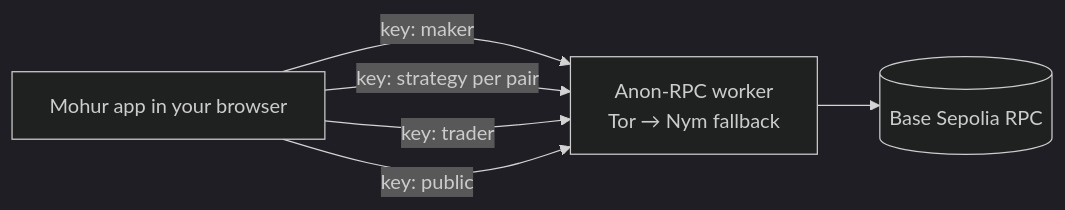
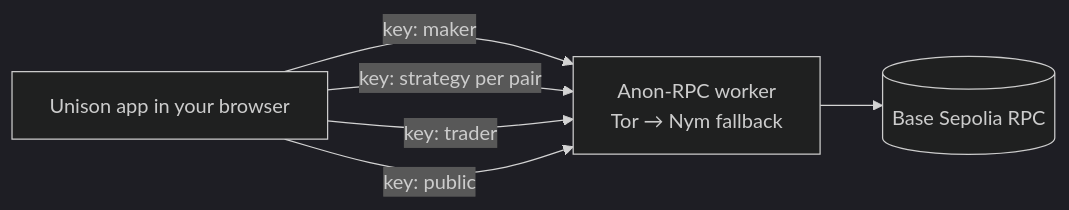
One commit to Abhist17/mohur changed the seventh of 7 diagrams in docs/explained.md. Above: the diagram before and after it, drawn with Mermaid (dark theme). The commit also changed other lines of this file and 37 other files, not shown here.

Commit message:
Rename the product to Unison (contract names keep Mohur*): every user-facing string, README and docs; new logo (two waves merging into one line) and app icon; indigo theme replaces muted gold (tokens renamed --accent*, white text on indigo buttons, every text colour WCAG AA in both themes)

````diff
--- a/docs/explained.md
+++ b/docs/explained.md
@@ -227,8 +227,8 @@
 ```mermaid
 flowchart LR
-    App[Mohur app in your browser] -->|"key: maker"| AR
+    App[Unison app in your browser] -->|"key: maker"| AR
     App -->|"key: strategy per pair"| AR
     App -->|"key: trader"| AR
     App -->|"key: public"| AR
     AR[Anon-RPC worker<br/>Tor → Nym fallback] --> RPC[(Base Sepolia RPC)]
 ```
````
